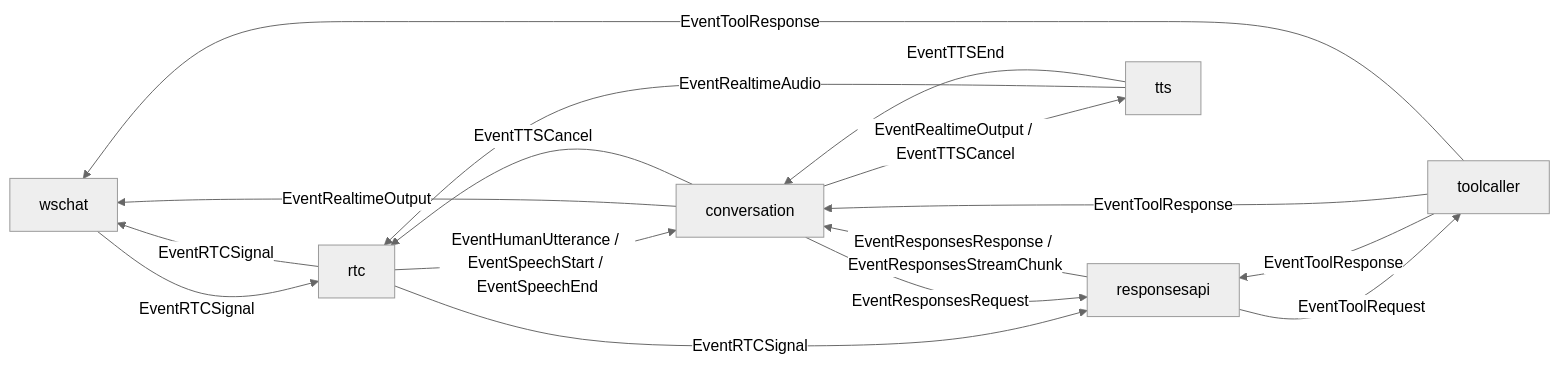
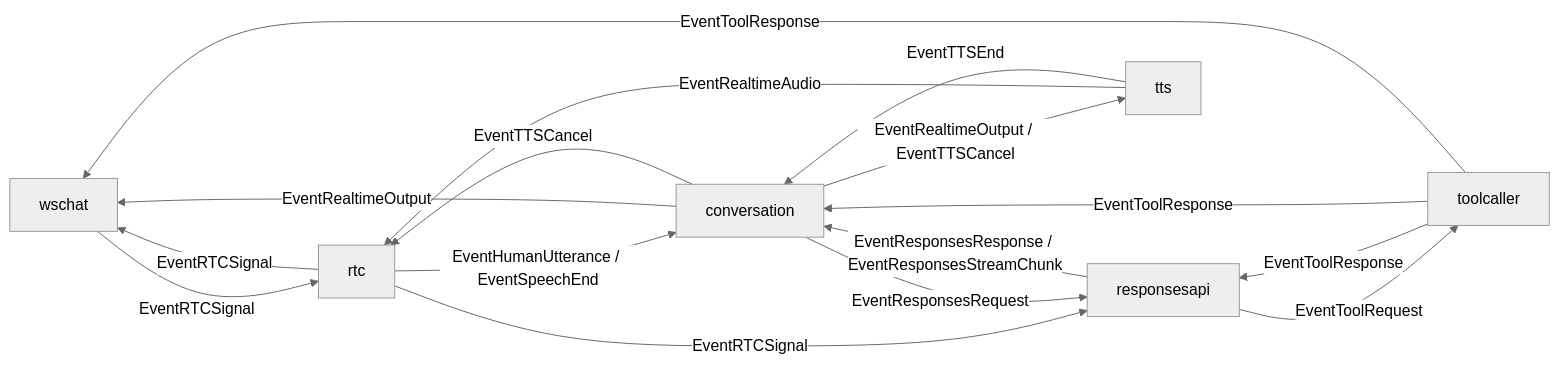
Before and after one commit to tetetratra/smart-speaker: the second of 2 diagrams in docs/architecture.md, drawn with Mermaid (neutral theme). The commit also changed other lines of this file and 15 other files, not shown here.

Commit message:
EventSpeechStart を全体から削除

````diff
--- a/docs/architecture.md
+++ b/docs/architecture.md
@@ -49,31 +49,31 @@
 ```mermaid
 flowchart LR
   WS["wschat"]
   CONV["conversation"]
   RESP["responsesapi"]
   TOOL["toolcaller"]
   TTS["tts"]
   RTC["rtc"]
 
   CONV -->|EventRealtimeOutput| WS
 
   WS -->|EventRTCSignal| RTC
   RTC -->|EventRTCSignal| WS
 
-  RTC -->|EventHumanUtterance / EventSpeechStart / EventSpeechEnd| CONV
+  RTC -->|EventHumanUtterance / EventSpeechEnd| CONV
   RTC -->|EventRTCSignal| RESP
 
   CONV -->|EventResponsesRequest| RESP
   RESP -->|EventResponsesResponse / EventResponsesStreamChunk| CONV
 
   RESP -->|EventToolRequest| TOOL
   TOOL -->|EventToolResponse| RESP
   TOOL -->|EventToolResponse| CONV
   TOOL -->|EventToolResponse| WS
 
   CONV -->|EventRealtimeOutput / EventTTSCancel| TTS
   TTS -->|EventRealtimeAudio| RTC
   TTS -->|EventTTSEnd| CONV
   CONV -->|EventTTSCancel| RTC
 
 ```
````
